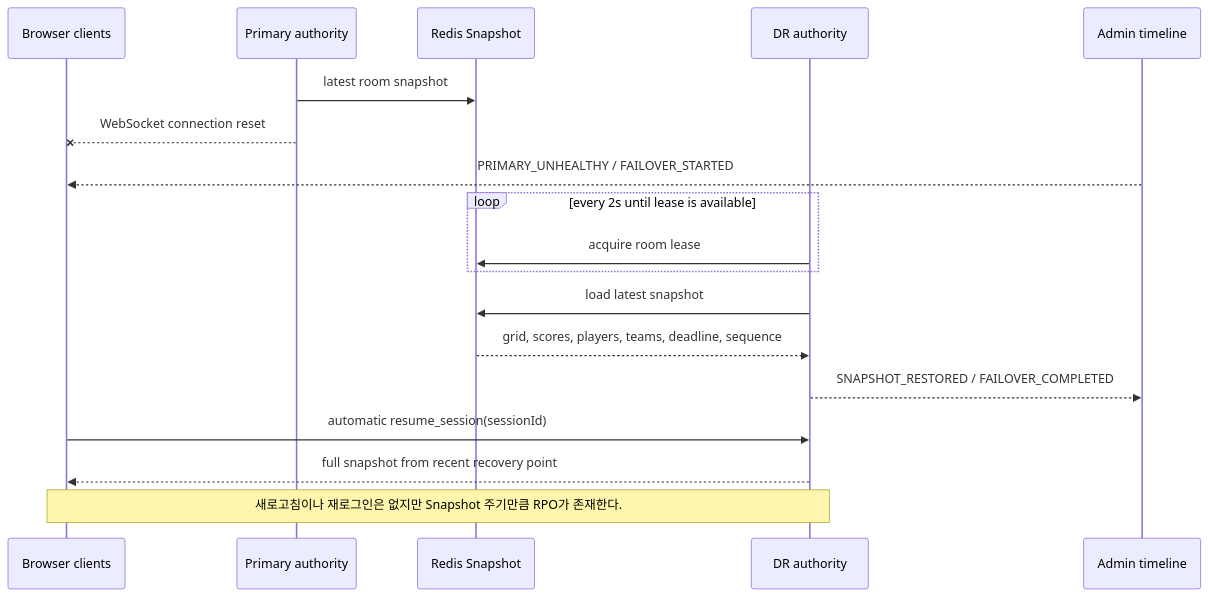
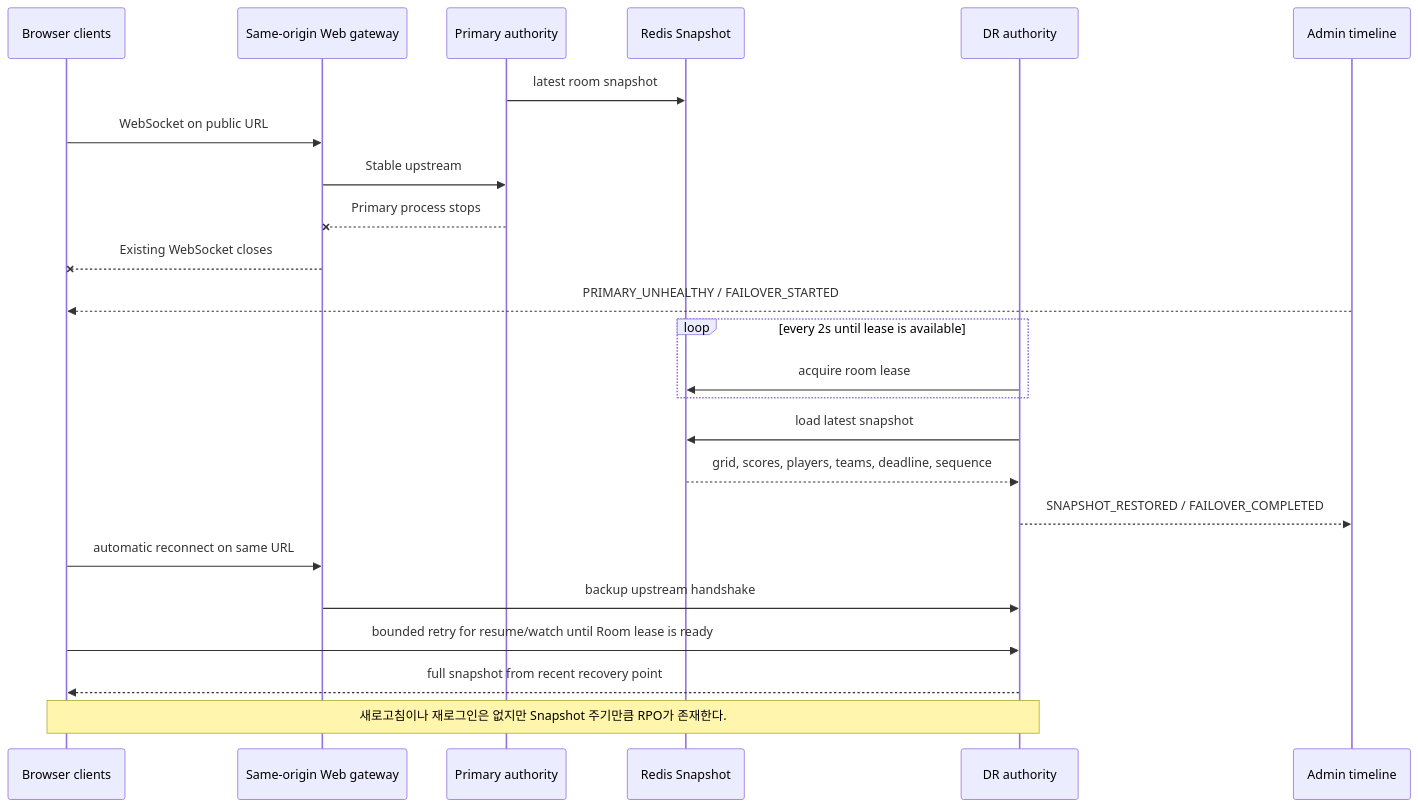
One commit to Jungle-303-04/COLOR-TURF-ARENA changed the third of 3 diagrams in docs/architecture.md. Above: the diagram before and after it, drawn with Mermaid. The commit also changed other lines of this file and 24 other files, not shown here.

````diff
--- a/docs/architecture.md
+++ b/docs/architecture.md
@@ -85,21 +85,27 @@
 ```mermaid
 sequenceDiagram
     participant C as Browser clients
+    participant W as Same-origin Web gateway
     participant P as Primary authority
     participant R as Redis Snapshot
     participant D as DR authority
     participant T as Admin timeline
 
     P->>R: latest room snapshot
-    P--xC: WebSocket connection reset
+    C->>W: WebSocket on public URL
+    W->>P: Stable upstream
+    P--xW: Primary process stops
+    W--xC: Existing WebSocket closes
     T-->>C: PRIMARY_UNHEALTHY / FAILOVER_STARTED
     loop every 2s until lease is available
         D->>R: acquire room lease
     end
     D->>R: load latest snapshot
     R-->>D: grid, scores, players, teams, deadline, sequence
     D-->>T: SNAPSHOT_RESTORED / FAILOVER_COMPLETED
-    C->>D: automatic resume_session(sessionId)
+    C->>W: automatic reconnect on same URL
+    W->>D: backup upstream handshake
+    C->>D: bounded retry for resume/watch until Room lease is ready
     D-->>C: full snapshot from recent recovery point
     Note over C,D: 새로고침이나 재로그인은 없지만 Snapshot 주기만큼 RPO가 존재한다.
 ```
````
